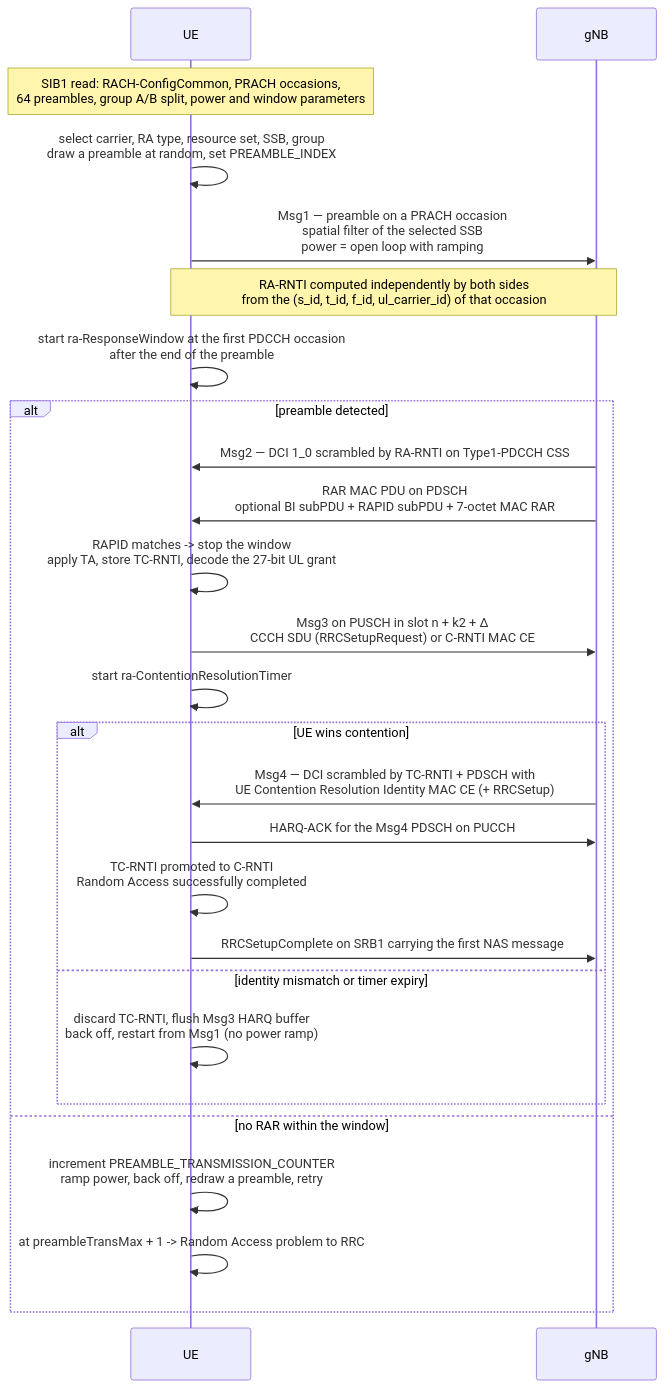
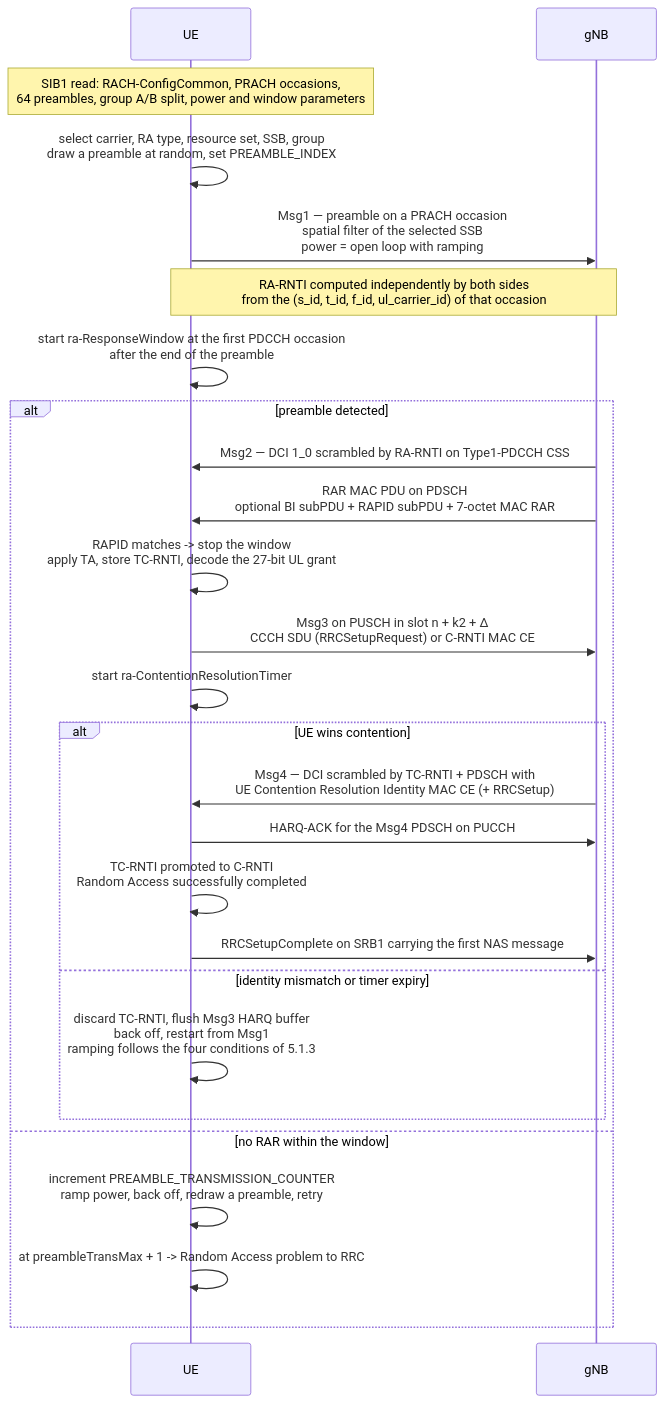
One commit to washingtonxr/xSkills changed the seventh of 13 diagrams in knowledge-graph/01-5 NR Random Access - UE RACH Procedure, Signalling and Tuning.md. Above: the diagram before and after it, drawn with Mermaid. The commit also changed other lines of this file and 9 other files, not shown here.

Commit message:
Update NR RA architecture contexts.

````diff
--- a/knowledge-graph/01-5 NR Random Access - UE RACH Procedure, Signalling and Tuning.md
+++ b/knowledge-graph/01-5 NR Random Access - UE RACH Procedure, Signalling and Tuning.md
@@ -514,28 +547,28 @@
 ```mermaid
 sequenceDiagram
     participant U as UE
     participant N as gNB
     Note over U: SIB1 read: RACH-ConfigCommon, PRACH occasions,<br/>64 preambles, group A/B split, power and window parameters
     U->>U: select carrier, RA type, resource set, SSB, group<br/>draw a preamble at random, set PREAMBLE_INDEX
     U->>N: Msg1 — preamble on a PRACH occasion<br/>spatial filter of the selected SSB<br/>power = open loop with ramping
     Note over U,N: RA-RNTI computed independently by both sides<br/>from the (s_id, t_id, f_id, ul_carrier_id) of that occasion
     U->>U: start ra-ResponseWindow at the first PDCCH occasion<br/>after the end of the preamble
     alt preamble detected
         N->>U: Msg2 — DCI 1_0 scrambled by RA-RNTI on Type1-PDCCH CSS
         N->>U: RAR MAC PDU on PDSCH<br/>optional BI subPDU + RAPID subPDU + 7-octet MAC RAR
         U->>U: RAPID matches -> stop the window<br/>apply TA, store TC-RNTI, decode the 27-bit UL grant
         U->>N: Msg3 on PUSCH in slot n + k2 + Δ<br/>CCCH SDU (RRCSetupRequest) or C-RNTI MAC CE
         U->>U: start ra-ContentionResolutionTimer
         alt UE wins contention
             N->>U: Msg4 — DCI scrambled by TC-RNTI + PDSCH with<br/>UE Contention Resolution Identity MAC CE (+ RRCSetup)
             U->>N: HARQ-ACK for the Msg4 PDSCH on PUCCH
             U->>U: TC-RNTI promoted to C-RNTI<br/>Random Access successfully completed
             U->>N: RRCSetupComplete on SRB1 carrying the first NAS message
         else identity mismatch or timer expiry
-            U->>U: discard TC-RNTI, flush Msg3 HARQ buffer<br/>back off, restart from Msg1 (no power ramp)
+            U->>U: discard TC-RNTI, flush Msg3 HARQ buffer<br/>back off, restart from Msg1<br/>ramping follows the four conditions of 5.1.3
         end
     else no RAR within the window
         U->>U: increment PREAMBLE_TRANSMISSION_COUNTER<br/>ramp power, back off, redraw a preamble, retry
         U->>U: at preambleTransMax + 1 -> Random Access problem to RRC
     end
 ```
````
